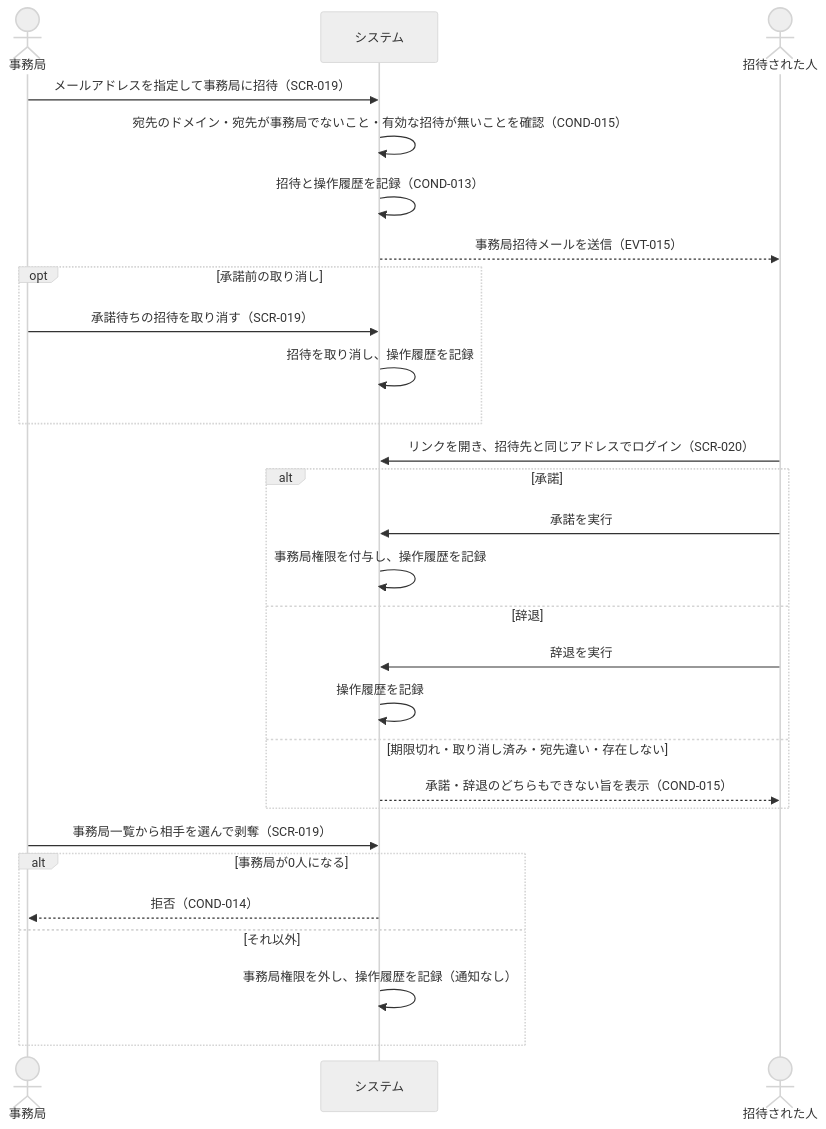
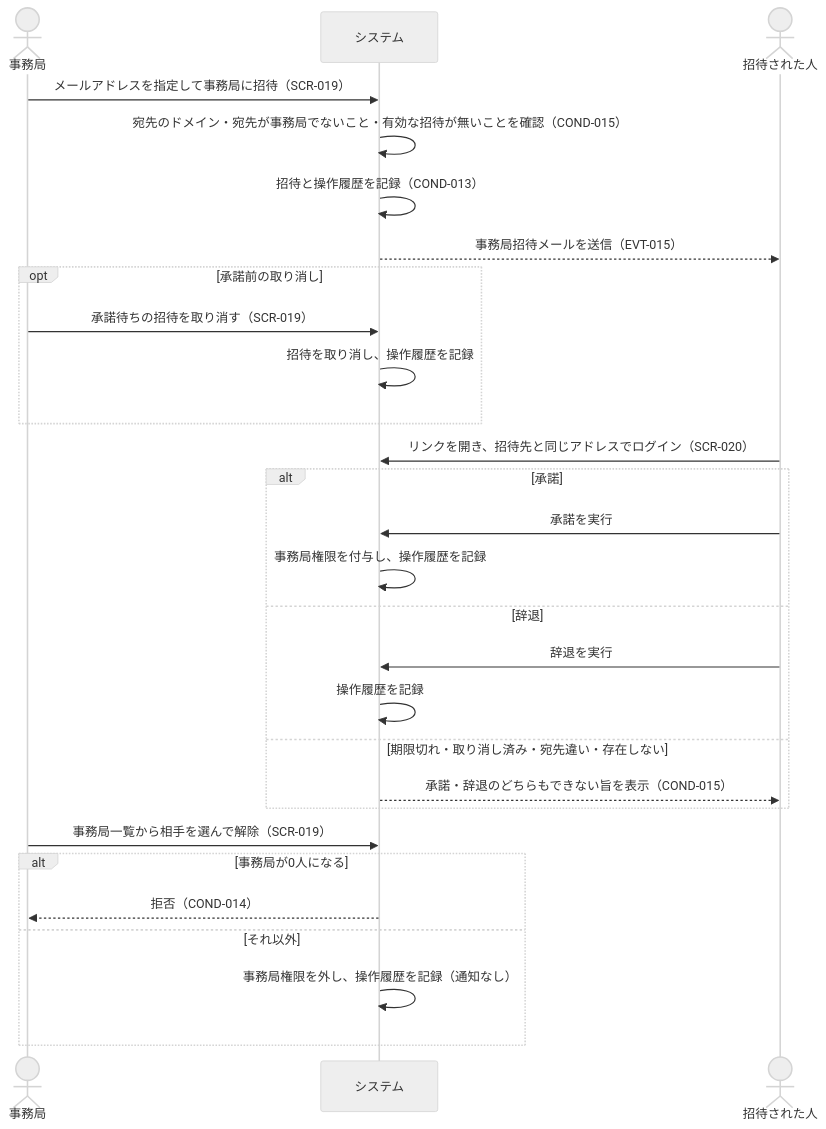
One commit to gdsc-osaka/iclub-reserve changed the sixth of 9 diagrams in rdra/contexts/user-authentication.md. Above: the diagram before and after it, drawn with Mermaid (neutral theme). The commit also changed other lines of this file and 160 other files, not shown here.

````diff
--- a/rdra/contexts/user-authentication.md
+++ b/rdra/contexts/user-authentication.md
@@ -482,32 +482,32 @@
 ```mermaid
 sequenceDiagram
     actor 事務局
     participant システム
     actor 招待された人
 
     事務局->>システム: メールアドレスを指定して事務局に招待（SCR-019）
     システム->>システム: 宛先のドメイン・宛先が事務局でないこと・有効な招待が無いことを確認（COND-015）
     システム->>システム: 招待と操作履歴を記録（COND-013）
     システム-->>招待された人: 事務局招待メールを送信（EVT-015）
     opt 承諾前の取り消し
         事務局->>システム: 承諾待ちの招待を取り消す（SCR-019）
         システム->>システム: 招待を取り消し、操作履歴を記録
     end
     招待された人->>システム: リンクを開き、招待先と同じアドレスでログイン（SCR-020）
     alt 承諾
         招待された人->>システム: 承諾を実行
         システム->>システム: 事務局権限を付与し、操作履歴を記録
     else 辞退
         招待された人->>システム: 辞退を実行
         システム->>システム: 操作履歴を記録
     else 期限切れ・取り消し済み・宛先違い・存在しない
         システム-->>招待された人: 承諾・辞退のどちらもできない旨を表示（COND-015）
     end
 
-    事務局->>システム: 事務局一覧から相手を選んで剥奪（SCR-019）
+    事務局->>システム: 事務局一覧から相手を選んで解除（SCR-019）
     alt 事務局が0人になる
         システム-->>事務局: 拒否（COND-014）
     else それ以外
         システム->>システム: 事務局権限を外し、操作履歴を記録（通知なし）
     end
 ```
````
